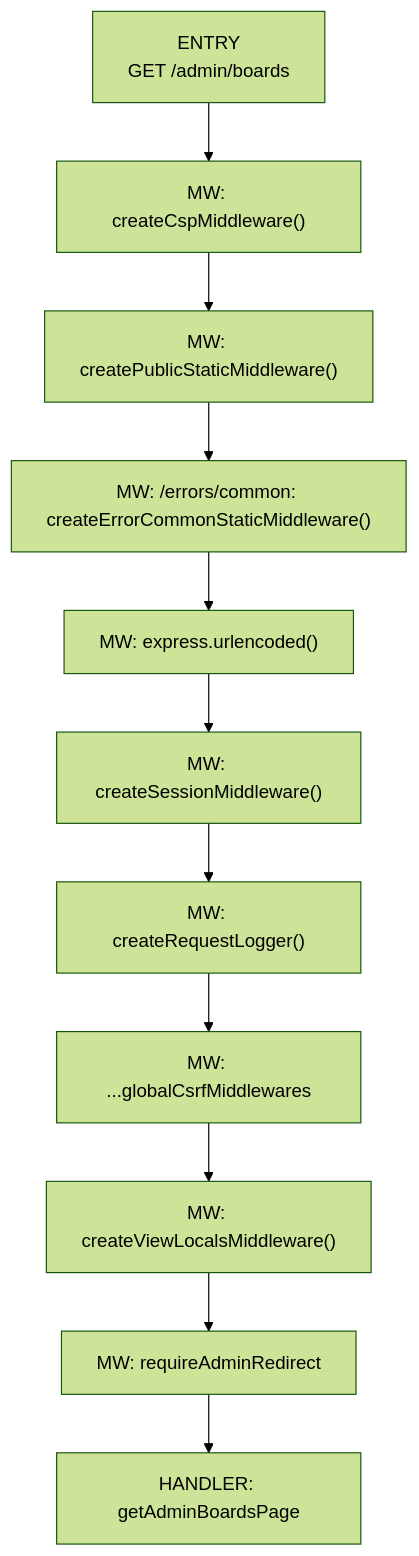
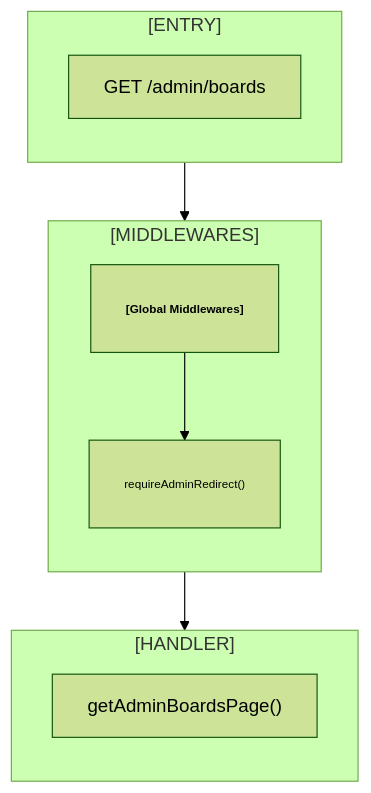
One commit to irondenker/my-code-my-kill changed the diagram in docs/flowmap/flows/GET__admin_boards.mmd. Above: the diagram before and after it, drawn with Mermaid (forest theme). The commit also changed 93 other files, not shown here.

Commit message:
📚 Docs: Regenerate flowmap artifacts for updated endpoint maps

```diff
--- a/docs/flowmap/flows/GET__admin_boards.mmd
+++ b/docs/flowmap/flows/GET__admin_boards.mmd
@@ -1,14 +1,22 @@
 flowchart TD
-ENTRY["ENTRY\nGET /admin/boards"]
-ENTRY --> MW1["MW: createCspMiddleware()"]
-MW1 --> MW2["MW: createPublicStaticMiddleware()"]
-MW2 --> MW3["MW: /errors/common: createErrorCommonStaticMiddleware()"]
-MW3 --> MW4["MW: express.urlencoded()"]
-MW4 --> MW5["MW: createSessionMiddleware()"]
-MW5 --> MW6["MW: createRequestLogger()"]
-MW6 --> MW7["MW: ...globalCsrfMiddlewares"]
-MW7 --> MW8["MW: createViewLocalsMiddleware()"]
-MW8 --> MW9["MW: requireAdminRedirect"]
-MW9 --> HANDLER["HANDLER: getAdminBoardsPage"]
+subgraph ENTRY_BLOCK["[ENTRY]"]
+direction TB
+ENTRY["GET /admin/boards"]
+end
+subgraph MIDDLEWARES["[MIDDLEWARES]"]
+direction TB
+MIDDLEWARE1["<b>[Global Middlewares]</b>"]
+MIDDLEWARE2["requireAdminRedirect()"]
+end
+ENTRY --> MIDDLEWARE1
+MIDDLEWARE1 --> MIDDLEWARE2
+subgraph HANDLER_BLOCK["[HANDLER]"]
+direction TB
+HANDLER["getAdminBoardsPage()"]
+end
+MIDDLEWARE2 --> HANDLER
+classDef middleware font-size:10px,padding:2px,stroke-width:1;
+classDef diagnostics stroke-dasharray: 2 2;
 classDef sink stroke-width:2;
 classDef exit stroke-dasharray: 4 2;
+class MIDDLEWARE1,MIDDLEWARE2 middleware;
```
